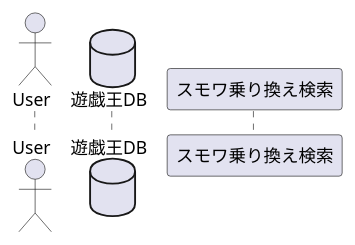
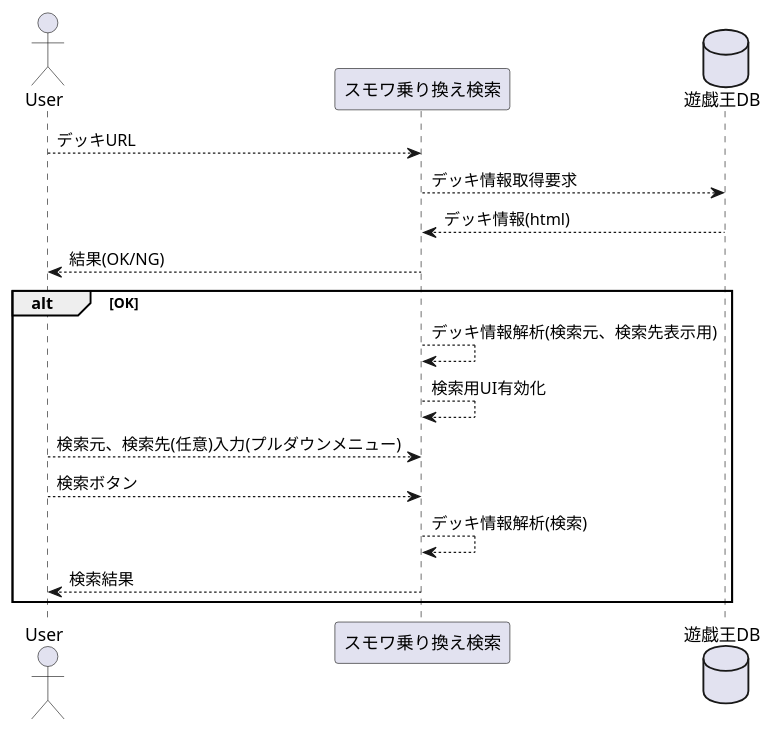
Before and after one commit to ikishichi/ygo-small-world-transit: the third of 6 diagrams in ygo-small-world-transit.md, drawn with PlantUML. The commit also changed other lines of this file, not shown here.

````diff
--- a/ygo-small-world-transit.md
+++ b/ygo-small-world-transit.md
@@ -44,9 +44,21 @@
 ```plantuml
 @startuml
 actor User as user
+participant "スモワ乗り換え検索" as sw
 database 遊戯王DB as db
-participant "スモワ乗り換え検索" as sw
 
+user --> sw : デッキURL
+sw --> db : デッキ情報取得要求
+db --> sw : デッキ情報(html)
+sw --> user : 結果(OK/NG)
+alt OK
+    sw --> sw : デッキ情報解析(検索元、検索先表示用)
+    sw --> sw : 検索用UI有効化
+    user --> sw : 検索元、検索先(任意)入力(プルダウンメニュー)
+    user --> sw : 検索ボタン
+    sw --> sw : デッキ情報解析(検索)
+    sw --> user : 検索結果
+end
 
 @enduml
 ```
````
